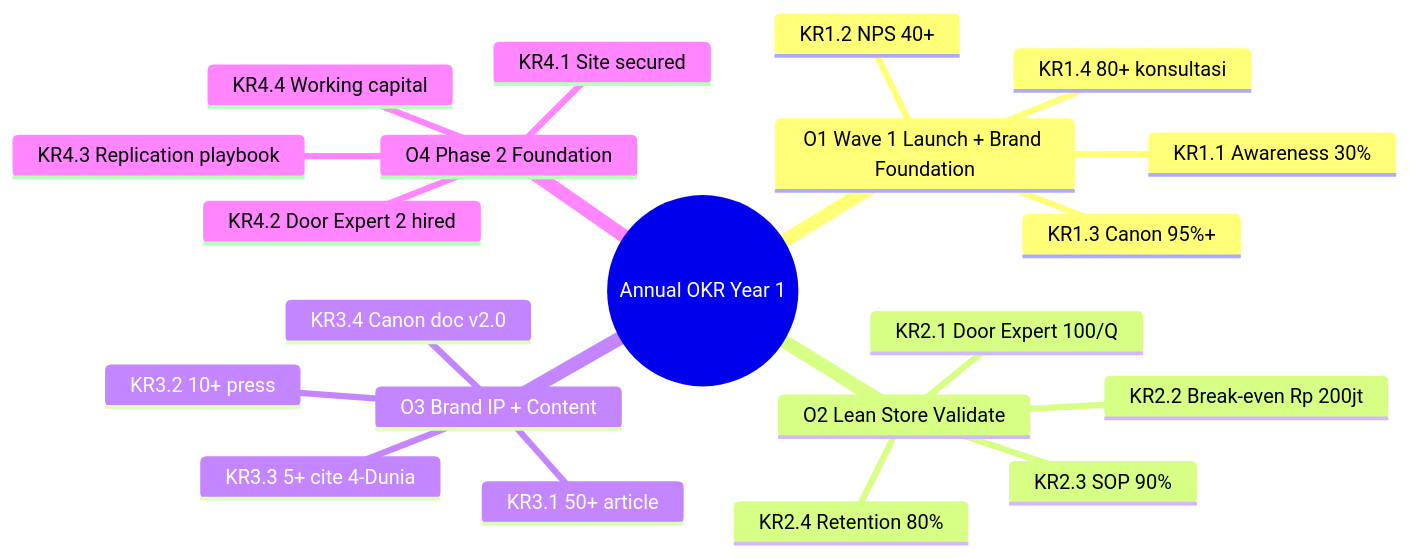
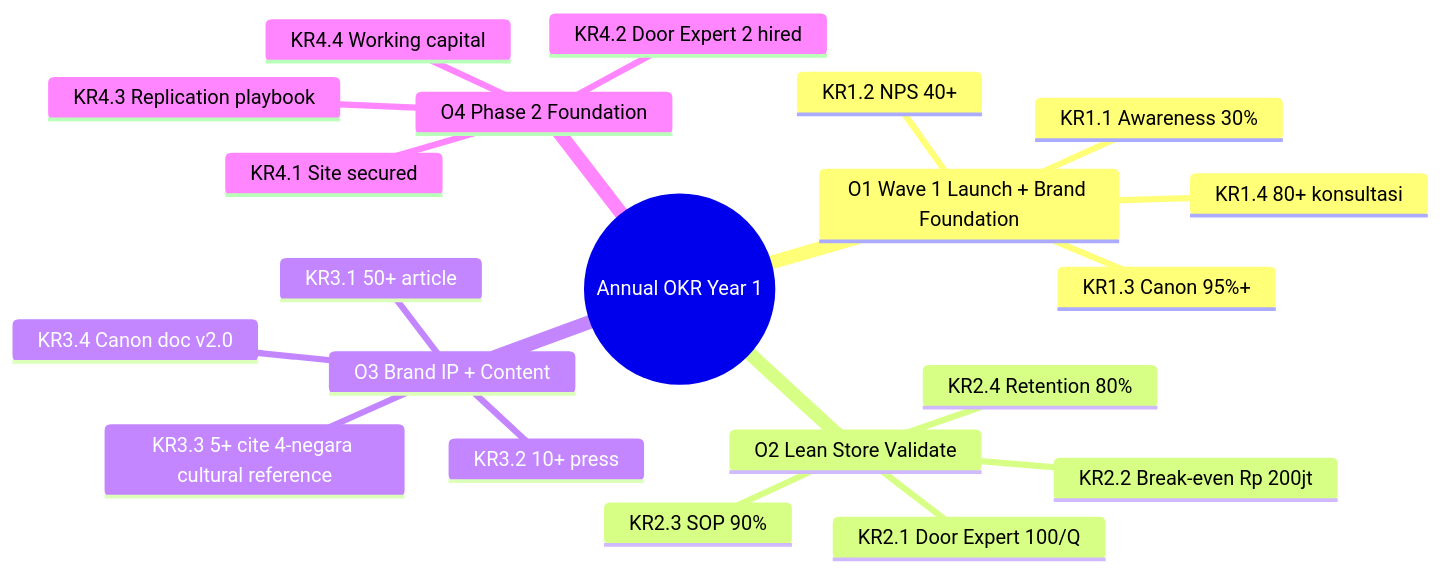
One commit to MahewAi/Mahew changed the second of 3 diagrams in librechat-deploy/skills/atmaja/swot-okr-integration.md. Above: the diagram before and after it, drawn with Mermaid. The commit also changed other lines of this file and 80 other files, not shown here.

````diff
--- a/librechat-deploy/skills/atmaja/swot-okr-integration.md
+++ b/librechat-deploy/skills/atmaja/swot-okr-integration.md
@@ -249,24 +249,24 @@
 ```mermaid
 mindmap
   root((Annual OKR Year 1))
     O1 Wave 1 Launch + Brand Foundation
       KR1.1 Awareness 30%
       KR1.2 NPS 40+
       KR1.3 Canon 95%+
       KR1.4 80+ konsultasi
     O2 Lean Store Validate
       KR2.1 Door Expert 100/Q
       KR2.2 Break-even Rp 200jt
       KR2.3 SOP 90%
       KR2.4 Retention 80%
     O3 Brand IP + Content
       KR3.1 50+ article
       KR3.2 10+ press
-      KR3.3 5+ cite 4-Dunia
+      KR3.3 5+ cite 4-negara cultural reference
       KR3.4 Canon doc v2.0
     O4 Phase 2 Foundation
       KR4.1 Site secured
       KR4.2 Door Expert 2 hired
       KR4.3 Replication playbook
       KR4.4 Working capital
 ```
````
